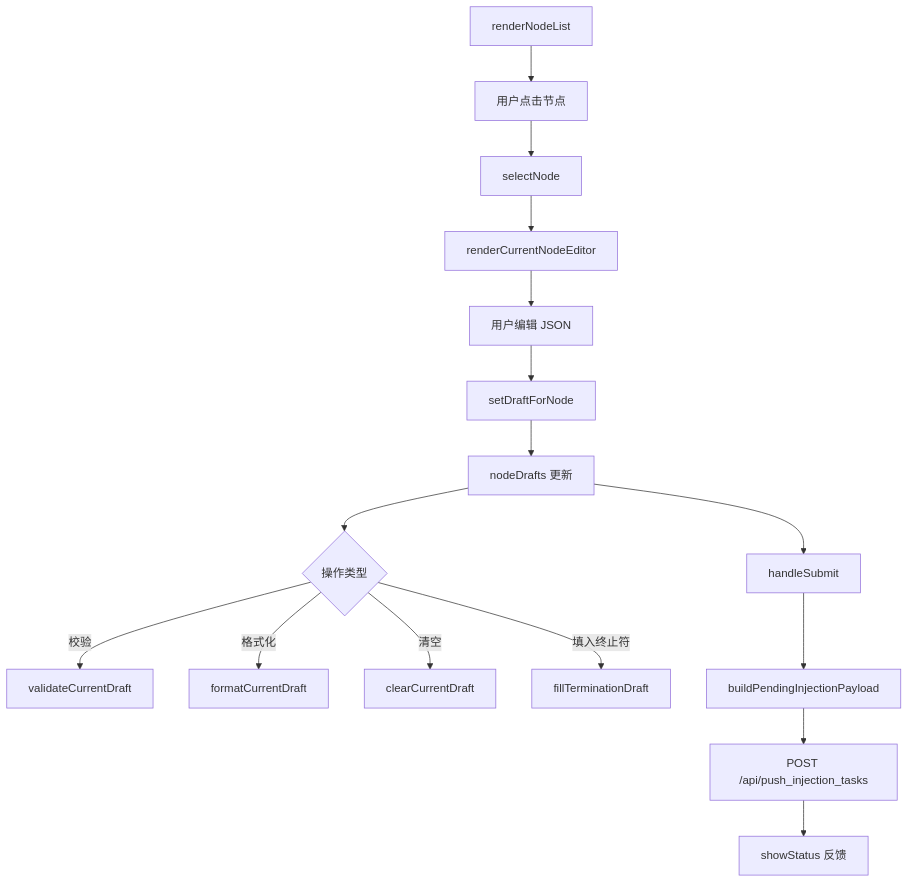
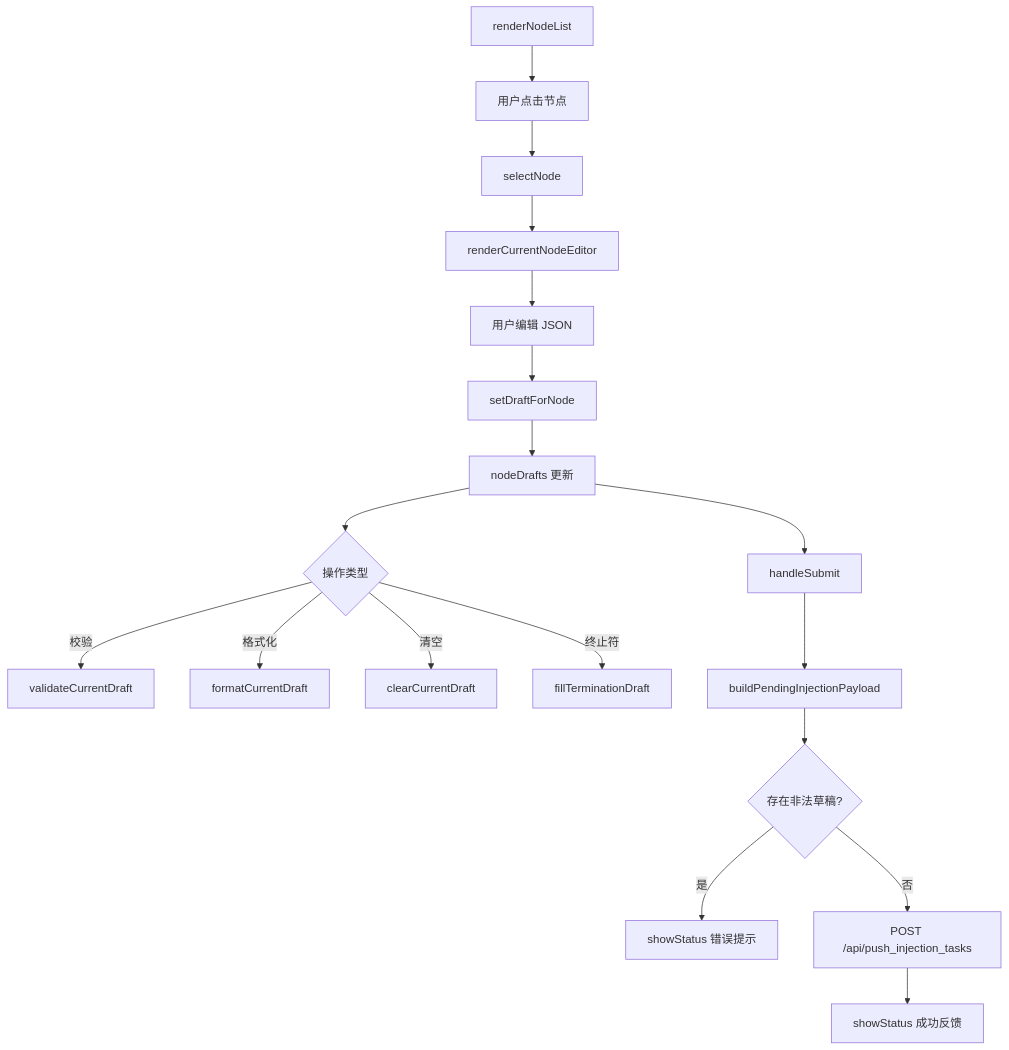
One commit to Mr-xiaotian/CelestialFlow changed the diagram in docs/zh-CN/src/web/static/ts/injection.md. Above: the diagram before and after it, drawn with Mermaid. The commit also changed other lines of this file and 67 other files, not shown here.

````diff
--- a/docs/zh-CN/src/web/static/ts/injection.md
+++ b/docs/zh-CN/src/web/static/ts/injection.md
@@ -25,20 +183,22 @@
 ```mermaid
 flowchart TD
     A[renderNodeList] --> B[用户点击节点]
     B --> C[selectNode]
     C --> D[renderCurrentNodeEditor]
     D --> E[用户编辑 JSON]
     E --> F[setDraftForNode]
     F --> G[nodeDrafts 更新]
 
     G --> H{操作类型}
     H -->|校验| I[validateCurrentDraft]
     H -->|格式化| J[formatCurrentDraft]
     H -->|清空| K[clearCurrentDraft]
-    H -->|填入终止符| L[fillTerminationDraft]
+    H -->|终止符| L[fillTerminationDraft]
 
     G --> M[handleSubmit]
     M --> N[buildPendingInjectionPayload]
-    N --> O[POST /api/push_injection_tasks]
-    O --> P[showStatus 反馈]
+    N --> O{存在非法草稿?}
+    O -->|是| P[showStatus 错误提示]
+    O -->|否| Q[POST /api/push_injection_tasks]
+    Q --> R[showStatus 成功反馈]
 ```
````
